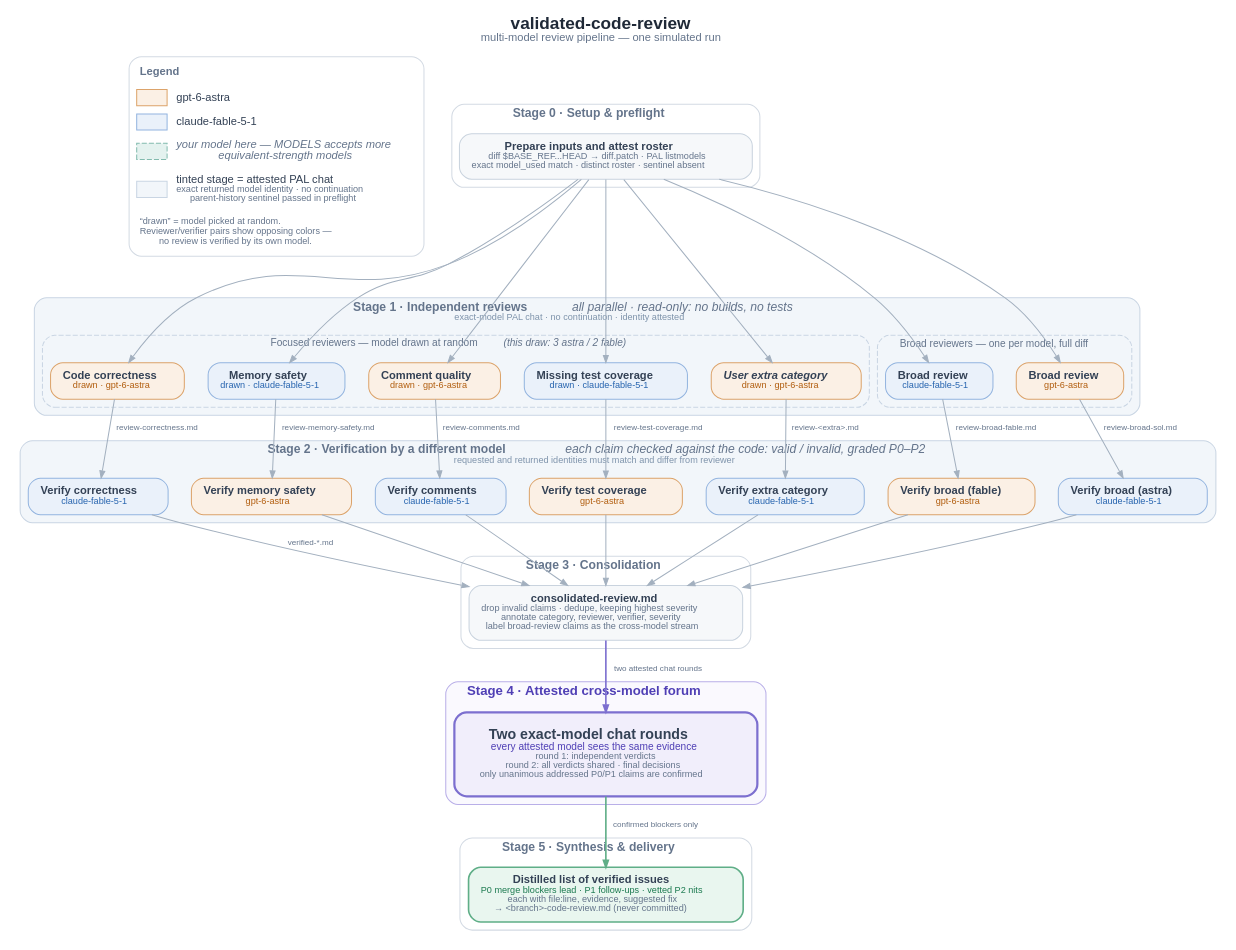
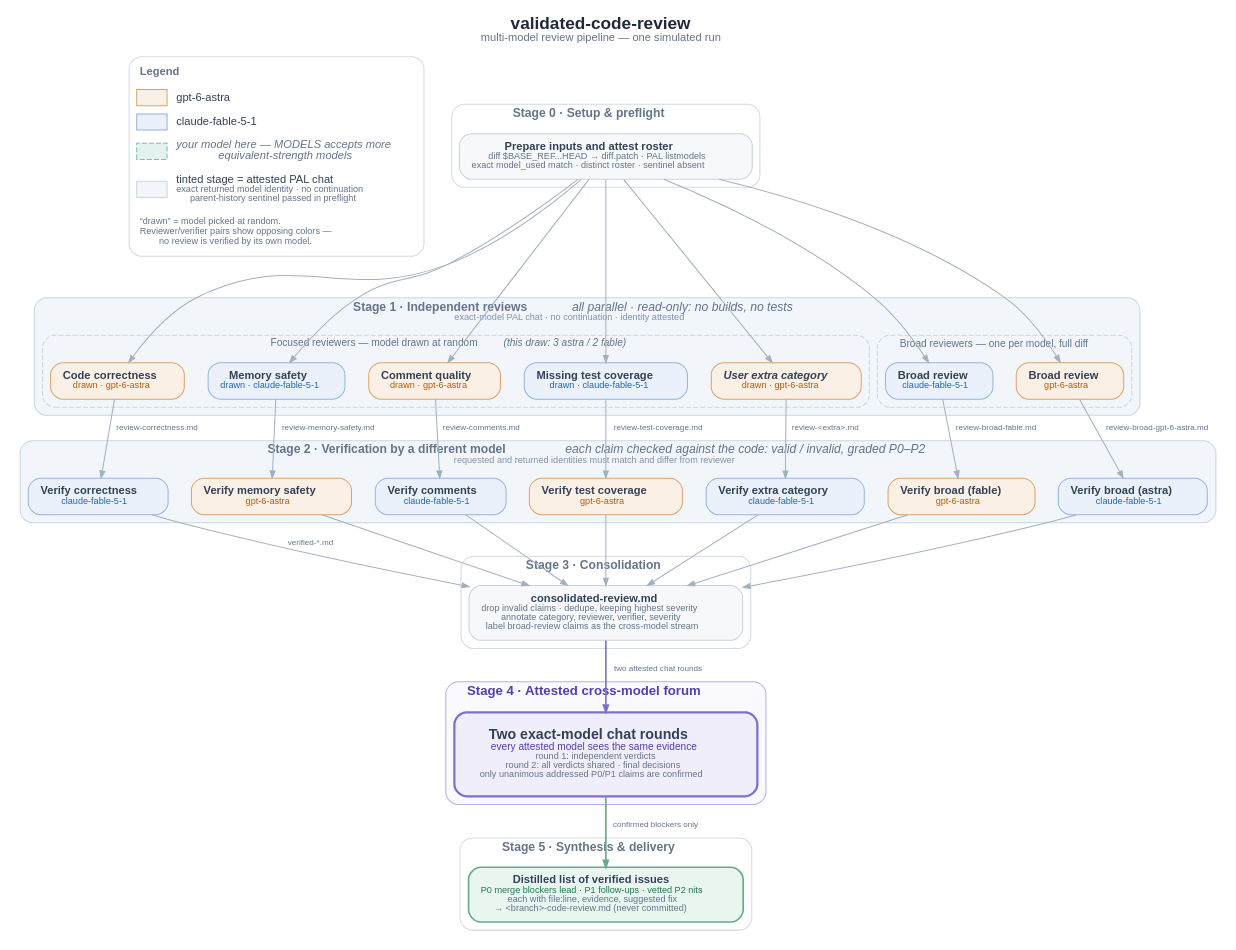
Before and after one commit to jwiegley/nix-config: the diagram in config/ai/skills/validated-code-review/assets/validated-code-review-stages.dot, drawn with Graphviz. The commit also changed 2 other files, not shown here.

```diff
--- a/config/ai/skills/validated-code-review/assets/validated-code-review-stages.dot
+++ b/config/ai/skills/validated-code-review/assets/validated-code-review-stages.dot
@@ -1,150 +1,150 @@
 // validated-code-review — stage pipeline
 // One simulated run of the model-assignment rules:
 //   * Focused reviewers drawn uniformly at random from MODELS
 //     (this run: 3x gpt-6-astra, 2x claude-fable-5-1)
 //   * Every review verified by a DIFFERENT model — with two models in the
 //     list the verifier is always the opposite one, shown in the opposing
 //     color of its reviewer.
 // Render (from the skill root):
 //   dot -Tsvg assets/validated-code-review-stages.dot -o assets/validated-code-review-stages.svg
 
 digraph validated_code_review {
     rankdir=TB;
     compound=true;
     ranksep=0.65;
     nodesep=0.32;
     fontname="Helvetica";
     bgcolor="white";
     labelloc="t";
     label=<<font point-size="17" color="#1F2937"><b>validated-code-review</b></font><br/><font point-size="11" color="#64748B">multi-model review pipeline — one simulated run</font>>;
     node  [fontname="Helvetica", fontsize=11, shape=box, style="filled,rounded",
            margin="0.16,0.11", color="#C9D3DE", fillcolor="#F6F8FA", fontcolor="#334155"];
     edge  [fontname="Helvetica", fontsize=8, color="#A3B0BF", fontcolor="#64748B", arrowsize=0.7];
 
     // palette --------------------------------------------------------------
     //   gpt-6-astra       fill #FBF0E5  border #DCA36A  accent #B15D0E
     //   claude-fable-5-1  fill #EAF1FA  border #93B4DF  accent #2563AE
     //   your model      fill #E4F2EF  border #82BBAE  (legend placeholder only)
     //   neutral steps   fill #F6F8FA  border #C9D3DE
     //   attested stages fill #F2F6FA  (exact model + verified no-history)
     //   chat forum      fill #F1EEFB  border #7C6FCF  accent #4F3FB5
     //   deliverable     fill #E9F6EF  border #5FAE87  accent #1C7A50
 
     // ---- Legend ------------------------------------------------------------
     legend [shape=plaintext, style="", fillcolor="none", label=<
         <table border="1" cellborder="0" cellspacing="6" cellpadding="3" color="#D3DAE3" style="rounded">
             <tr><td colspan="2" align="left"><font point-size="11" color="#64748B"><b>Legend</b></font></td></tr>
             <tr>
                 <td border="1" bgcolor="#FBF0E5" color="#DCA36A" fixedsize="true" width="30" height="16"></td>
                 <td align="left"><font color="#334155">gpt-6-astra</font></td>
             </tr>
             <tr>
                 <td border="1" bgcolor="#EAF1FA" color="#93B4DF" fixedsize="true" width="30" height="16"></td>
                 <td align="left"><font color="#334155">claude-fable-5-1</font></td>
             </tr>
             <tr>
                 <td border="1" bgcolor="#E4F2EF" color="#82BBAE" style="dashed" fixedsize="true" width="30" height="16"></td>
                 <td align="left"><font color="#64748B"><i>your model here — MODELS accepts more<br align="left"/>equivalent-strength models</i></font></td>
             </tr>
             <tr>
                 <td border="1" bgcolor="#F2F6FA" color="#C9D5E3" fixedsize="true" width="30" height="16"></td>
                 <td align="left"><font color="#334155">tinted stage = attested PAL chat</font><br align="left"/><font point-size="9" color="#64748B">exact returned model identity · no continuation<br align="left"/>parent-history sentinel passed in preflight</font></td>
             </tr>
             <tr><td colspan="2" align="left"><font point-size="9" color="#64748B">“drawn” = model picked at random.<br align="left"/>Reviewer/verifier pairs show opposing colors —<br align="left"/>no review is verified by its own model.</font></td></tr>
         </table>>];
 
     // ---- Stage 0 -----------------------------------------------------------
     subgraph cluster_s0 {
         label=<<font point-size="12" color="#64748B"><b>Stage 0 · Setup &amp; preflight</b></font>>;
         style="rounded"; color="#D3DAE3";
         setup [label=<<b>Prepare inputs and attest roster</b><br/><font point-size="9" color="#64748B">diff $BASE_REF...HEAD → diff.patch · PAL listmodels<br/>exact model_used match · distinct roster · sentinel absent</font>>];
     }
 
     // ---- Stage 1 — independent reviews (parallel) ---------------------------
     subgraph cluster_s1 {
         label=<<font point-size="12" color="#64748B"><b>Stage 1 · Independent reviews</b>&nbsp;&nbsp;<i>all parallel · read-only: no builds, no tests</i></font><br/><font point-size="9" color="#7E93AB">exact-model PAL chat · no continuation · identity attested</font>>;
         style="rounded,filled"; color="#C9D5E3"; fillcolor="#F2F6FA";
 
         subgraph cluster_s1_focused {
             label=<<font point-size="10" color="#64748B">Focused reviewers — model drawn at random&nbsp;&nbsp;<i>(this draw: 3 astra / 2 fable)</i></font>>;
             style="dashed,rounded,filled"; color="#C9D5E3"; fillcolor="#F2F6FA";
             r_correct  [label=<<b>Code correctness</b><br/><font point-size="9" color="#B15D0E">drawn · gpt-6-astra</font>>,        fillcolor="#FBF0E5", color="#DCA36A"];
             r_memory   [label=<<b>Memory safety</b><br/><font point-size="9" color="#2563AE">drawn · claude-fable-5-1</font>>,       fillcolor="#EAF1FA", color="#93B4DF"];
             r_comments [label=<<b>Comment quality</b><br/><font point-size="9" color="#B15D0E">drawn · gpt-6-astra</font>>,         fillcolor="#FBF0E5", color="#DCA36A"];
             r_tests    [label=<<b>Missing test coverage</b><br/><font point-size="9" color="#2563AE">drawn · claude-fable-5-1</font>>,fillcolor="#EAF1FA", color="#93B4DF"];
             r_extra    [label=<<b><i>User extra category</i></b><br/><font point-size="9" color="#B15D0E">drawn · gpt-6-astra</font>>, fillcolor="#FBF0E5", color="#DCA36A"];
         }
 
         subgraph cluster_s1_broad {
             label=<<font point-size="10" color="#64748B">Broad reviewers — one per model, full diff</font>>;
             style="dashed,rounded,filled"; color="#C9D5E3"; fillcolor="#F2F6FA";
             r_broad_fable [label=<<b>Broad review</b><br/><font point-size="9" color="#2563AE">claude-fable-5-1</font>>, fillcolor="#EAF1FA", color="#93B4DF"];
-            r_broad_sol   [label=<<b>Broad review</b><br/><font point-size="9" color="#B15D0E">gpt-6-astra</font>>,    fillcolor="#FBF0E5", color="#DCA36A"];
+            r_broad_astra [label=<<b>Broad review</b><br/><font point-size="9" color="#B15D0E">gpt-6-astra</font>>,    fillcolor="#FBF0E5", color="#DCA36A"];
         }
     }
 
     // ---- Stage 2 — different-model verification ------------------------------
     subgraph cluster_s2 {
         label=<<font point-size="12" color="#64748B"><b>Stage 2 · Verification by a different model</b>&nbsp;&nbsp;<i>each claim checked against the code: valid / invalid, graded P0–P2</i></font><br/><font point-size="9" color="#7E93AB">requested and returned identities must match and differ from reviewer</font>>;
         style="rounded,filled"; color="#C9D5E3"; fillcolor="#F2F6FA";
         v_correct  [label=<<b>Verify correctness</b><br/><font point-size="9" color="#2563AE">claude-fable-5-1</font>>,    fillcolor="#EAF1FA", color="#93B4DF"];
         v_memory   [label=<<b>Verify memory safety</b><br/><font point-size="9" color="#B15D0E">gpt-6-astra</font>>,     fillcolor="#FBF0E5", color="#DCA36A"];
         v_comments [label=<<b>Verify comments</b><br/><font point-size="9" color="#2563AE">claude-fable-5-1</font>>,       fillcolor="#EAF1FA", color="#93B4DF"];
         v_tests    [label=<<b>Verify test coverage</b><br/><font point-size="9" color="#B15D0E">gpt-6-astra</font>>,     fillcolor="#FBF0E5", color="#DCA36A"];
         v_extra    [label=<<b>Verify extra category</b><br/><font point-size="9" color="#2563AE">claude-fable-5-1</font>>, fillcolor="#EAF1FA", color="#93B4DF"];
         v_broad_fable [label=<<b>Verify broad (fable)</b><br/><font point-size="9" color="#B15D0E">gpt-6-astra</font>>,  fillcolor="#FBF0E5", color="#DCA36A"];
-        v_broad_sol   [label=<<b>Verify broad (astra)</b><br/><font point-size="9" color="#2563AE">claude-fable-5-1</font>>, fillcolor="#EAF1FA", color="#93B4DF"];
+        v_broad_astra [label=<<b>Verify broad (astra)</b><br/><font point-size="9" color="#2563AE">claude-fable-5-1</font>>, fillcolor="#EAF1FA", color="#93B4DF"];
     }
 
     // ---- Stage 3 -------------------------------------------------------------
     subgraph cluster_s3 {
         label=<<font point-size="12" color="#64748B"><b>Stage 3 · Consolidation</b></font>>;
         style="rounded"; color="#D3DAE3";
         consolidate [label=<<b>consolidated-review.md</b><br/><font point-size="9" color="#64748B">drop invalid claims · dedupe, keeping highest severity<br/>annotate category, reviewer, verifier, severity<br/>label broad-review claims as the cross-model stream</font>>];
     }
 
     // ---- Stage 4 — attested cross-model forum -----------------------------------
     subgraph cluster_s4 {
         label=<<font point-size="13" color="#4F3FB5"><b>Stage 4 · Attested cross-model forum</b></font>>;
         style="rounded,filled"; color="#B9AFE8"; fillcolor="#FAF9FE";
         pal [label=<<font point-size="14"><b>Two exact-model chat rounds</b></font><br/><font point-size="10" color="#4F3FB5">every attested model sees the same evidence</font><br/><font point-size="9" color="#64748B">round 1: independent verdicts<br/>round 2: all verdicts shared · final decisions<br/>only unanimous addressed P0/P1 claims are confirmed</font>>,
              penwidth=2.2, fillcolor="#F1EEFB", color="#7C6FCF", margin="0.35,0.22"];
     }
 
     // ---- Stage 5 ----------------------------------------------------------------
     subgraph cluster_s5 {
         label=<<font point-size="12" color="#64748B"><b>Stage 5 · Synthesis &amp; delivery</b></font>>;
         style="rounded"; color="#D3DAE3";
         final [label=<<b>Distilled list of verified issues</b><br/><font point-size="9" color="#1C7A50">P0 merge blockers lead · P1 follow-ups · vetted P2 nits</font><br/><font point-size="9" color="#64748B">each with file:line, evidence, suggested fix<br/>→ &lt;branch&gt;-code-review.md (never committed)</font>>,
                fillcolor="#E9F6EF", color="#5FAE87", penwidth=1.6];
     }
 
     // ---- flow ---------------------------------------------------------------
     setup -> r_correct;
     setup -> r_memory;
     setup -> r_comments;
     setup -> r_tests;
     setup -> r_extra;
     setup -> r_broad_fable;
-    setup -> r_broad_sol;
+    setup -> r_broad_astra;
 
     // reviewer → its opposite-model verifier (color flips within each pair)
     r_correct     -> v_correct     [label="review-correctness.md"];
     r_memory      -> v_memory      [label="review-memory-safety.md"];
     r_comments    -> v_comments    [label="review-comments.md"];
     r_tests       -> v_tests       [label="review-test-coverage.md"];
     r_extra       -> v_extra       [label="review-<extra>.md"];
     r_broad_fable -> v_broad_fable [label="review-broad-fable.md"];
-    r_broad_sol   -> v_broad_sol   [label="review-broad-sol.md"];
+    r_broad_astra -> v_broad_astra [label="review-broad-gpt-6-astra.md"];
 
     v_correct     -> consolidate [label="verified-*.md"];
     v_memory      -> consolidate;
     v_comments    -> consolidate;
     v_tests       -> consolidate;
     v_extra       -> consolidate;
     v_broad_fable -> consolidate;
-    v_broad_sol   -> consolidate;
+    v_broad_astra -> consolidate;
 
     consolidate -> pal   [label="two attested chat rounds", penwidth=1.6, color="#7C6FCF"];
     pal         -> final [label="confirmed blockers only",               penwidth=1.6, color="#5FAE87"];
 }
```
